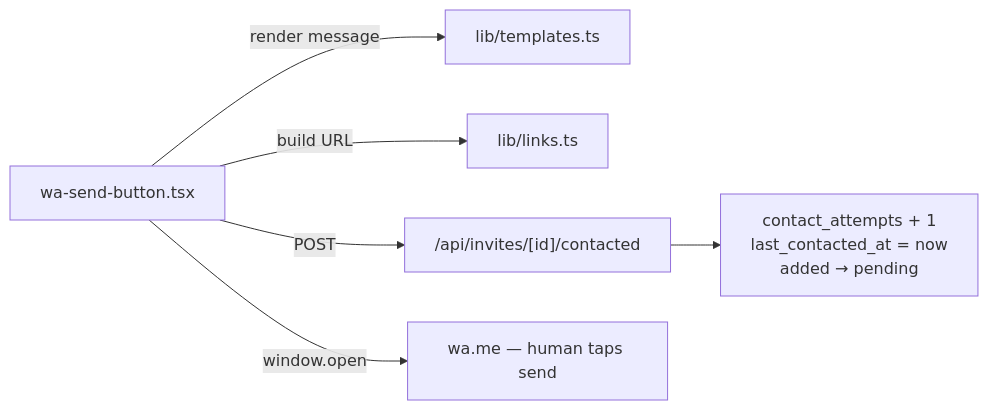
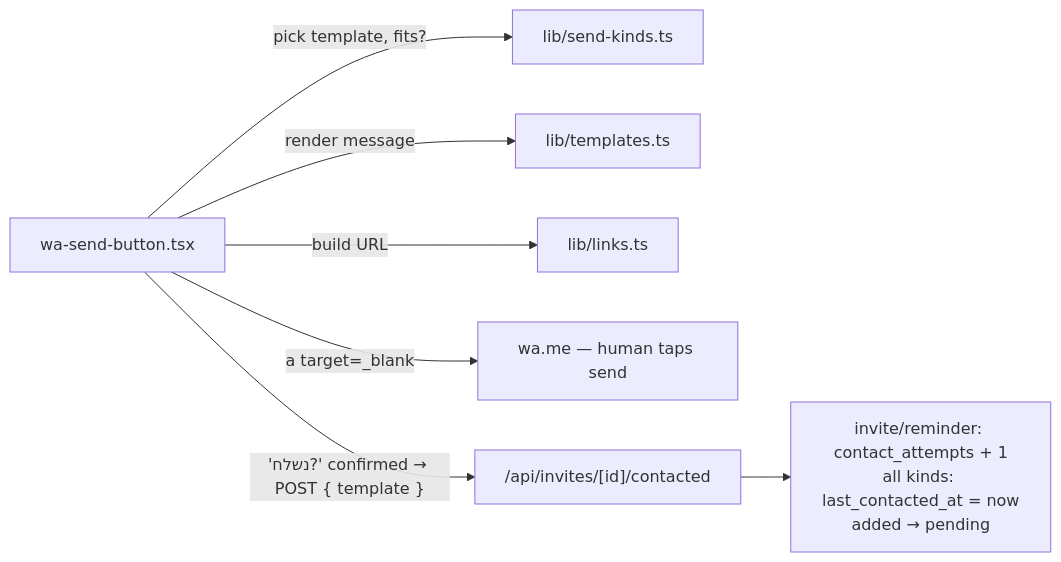
One commit to DmitriPer/weddingRsvp changed the fifth of 7 diagrams in docs/architecture.md. Above: the diagram before and after it, drawn with Mermaid. The commit also changed other lines of this file and 22 other files, not shown here.

First line of the commit message:
Docs catch-up: statuses, progress, setup, architecture, CLAUDE.md

````diff
--- a/docs/architecture.md
+++ b/docs/architecture.md
@@ -246,8 +299,9 @@
 ```mermaid
 flowchart LR
-    T["wa-send-button.tsx"] -->|render message| TPL["lib/templates.ts"]
+    T["wa-send-button.tsx"] -->|"pick template, fits?"| K["lib/send-kinds.ts"]
+    T -->|render message| TPL["lib/templates.ts"]
     T -->|build URL| LNK["lib/links.ts"]
-    T -->|POST| API["/api/invites/[id]/contacted"]
-    API --> D["contact_attempts + 1<br/>last_contacted_at = now<br/>added → pending"]
-    T -->|window.open| WA["wa.me — human taps send"]
+    T -->|"a target=_blank"| WA["wa.me — human taps send"]
+    T -->|"'נשלח?' confirmed → POST { template }"| API["/api/invites/[id]/contacted"]
+    API --> D["invite/reminder: contact_attempts + 1<br/>all kinds: last_contacted_at = now<br/>added → pending"]
 ```
````
